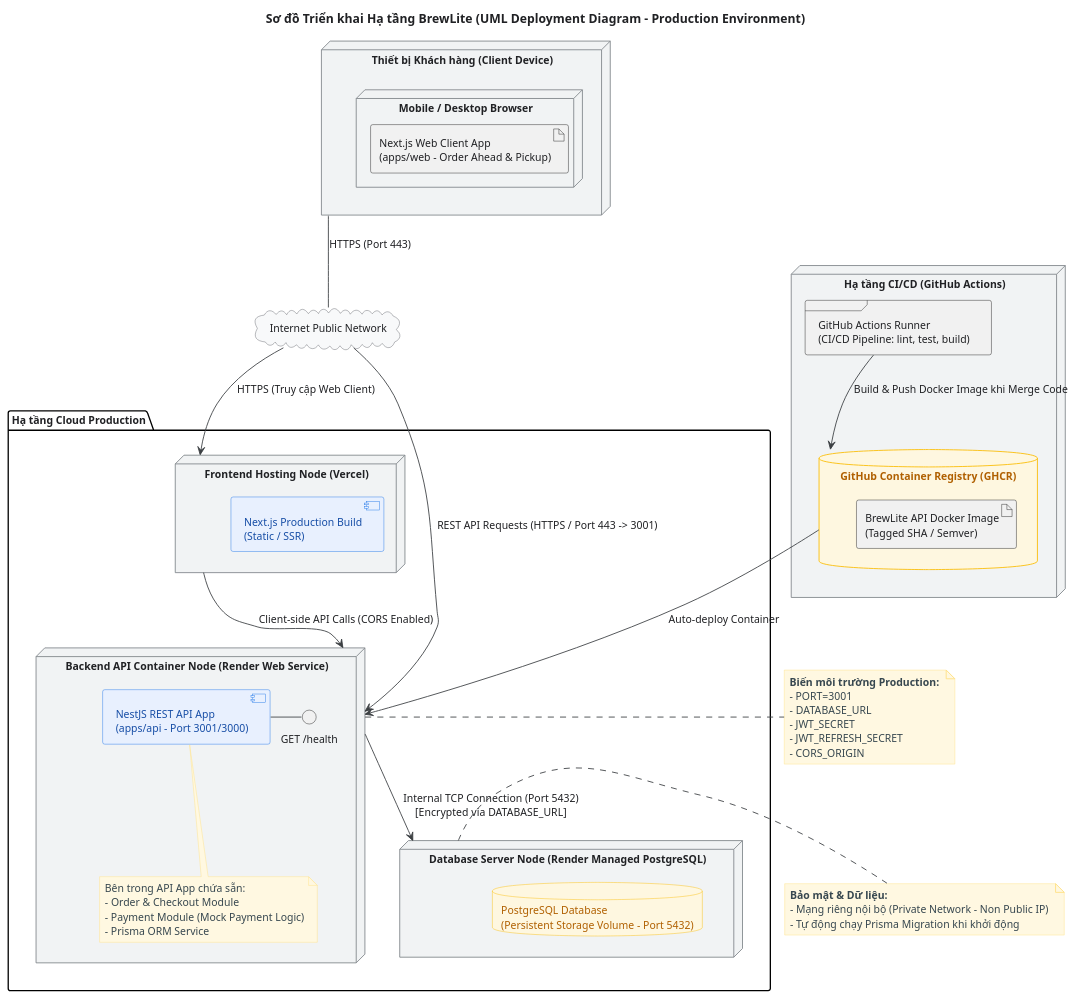
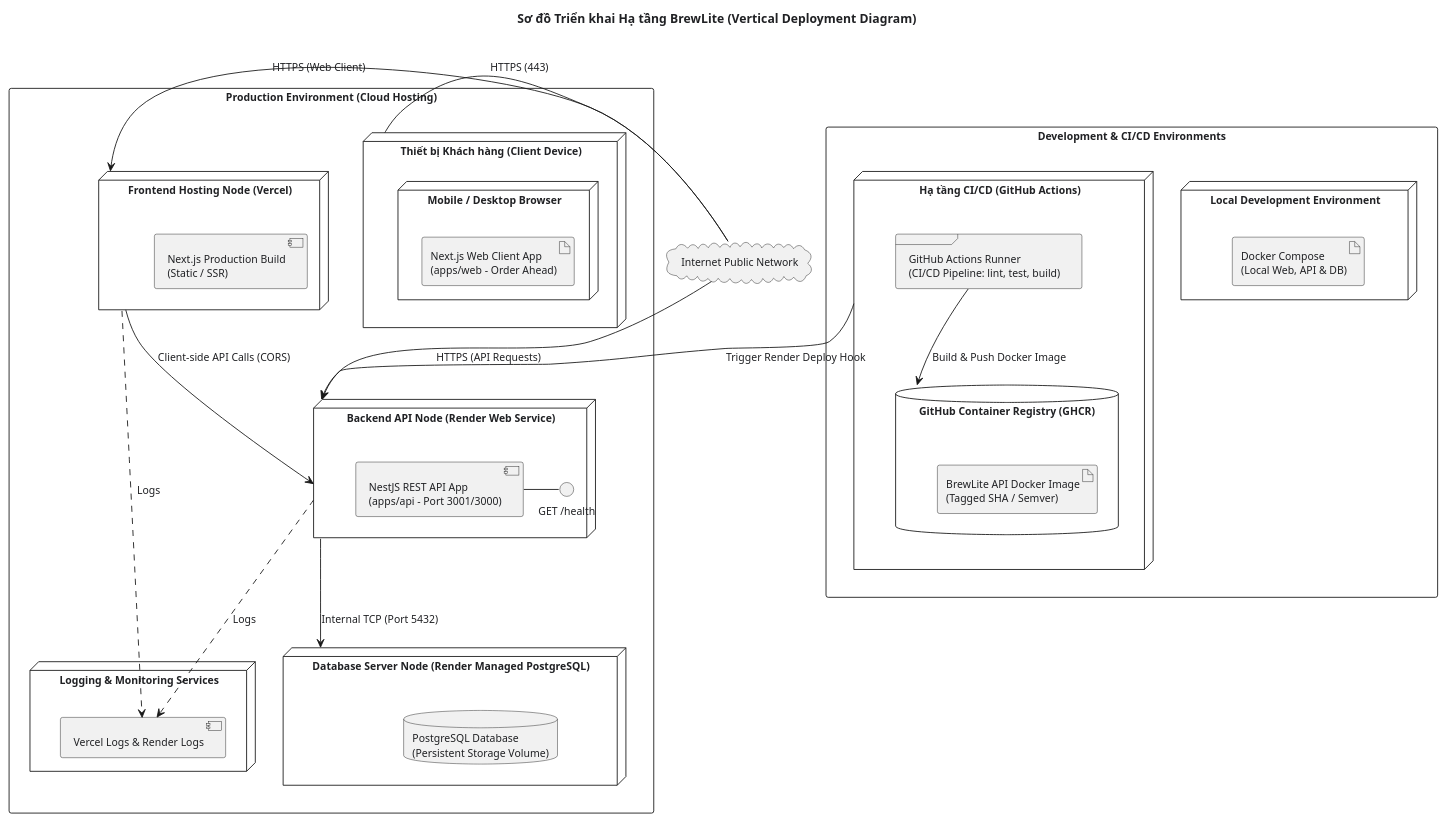
Before and after one commit to Nashando/BrewLite-SWE-project: the diagram in docs/diagrams/deployment-diagram.puml, drawn with PlantUML. The commit also changed 6 other files, not shown here.

```diff
--- a/docs/diagrams/deployment-diagram.puml
+++ b/docs/diagrams/deployment-diagram.puml
@@ -1,114 +1,78 @@
-@startuml Deployment Diagram - BrewLite Production Environment
+@startuml Deployment Diagram - BrewLite Production Environment (Vertical)
 
 skinparam BackgroundColor #FFFFFF
 skinparam Shadowing false
 skinparam DefaultFontName "Arial"
 skinparam DefaultFontSize 12
 skinparam DefaultFontColor #202124
-
-skinparam cloud {
-    BackgroundColor #F8F9FA
-    BorderColor #5F6368
-    FontColor #202124
-}
-
-skinparam node {
-    BackgroundColor #F1F3F4
-    BorderColor #80868B
-    FontColor #202124
-}
-
-skinparam component {
-    BackgroundColor #E8F0FE
-    BorderColor #1A73E8
-    FontColor #174EA6
-}
-
-skinparam database {
-    BackgroundColor #FEF7E0
-    BorderColor #FBBC04
-    FontColor #B06000
-}
-
-skinparam note {
-    BackgroundColor #FFF8E1
-    BorderColor #FFE082
-    FontColor #37474F
-}
-
-skinparam arrow {
-    Color #3C4043
-    FontColor #202124
-}
+skinparam ranksep 40
+skinparam nodesep 40
 
 skinparam componentStyle uml2 
-skinparam nodeNodePadding 18 
 skinparam frameStyle rectangle 
-title Sơ đồ Triển khai Hạ tầng BrewLite (UML Deployment Diagram - Production Environment) 
+
+top to bottom direction
+
+title Sơ đồ Triển khai Hạ tầng BrewLite (Vertical Deployment Diagram) 
 
 cloud "Internet Public Network" as internet 
 
-node "Thiết bị Khách hàng (Client Device)" as user_device { 
-    node "Mobile / Desktop Browser" as browser { 
-        artifact "Next.js Web Client App\n(apps/web - Order Ahead & Pickup)" as next_client 
+' --- 1. MÔI TRƯỜNG LOCAL & CI/CD ---
+rectangle "Development & CI/CD Environments" {
+    node "Local Development Environment" as local_env {
+        artifact "Docker Compose\n(Local Web, API & DB)" as local_docker
+    }
+
+    node "Hạ tầng CI/CD (GitHub Actions)" as github_env { 
+        frame "GitHub Actions Runner\n(CI/CD Pipeline: lint, test, build)" as gh_actions 
+        database "GitHub Container Registry (GHCR)" as ghcr { 
+            artifact "BrewLite API Docker Image\n(Tagged SHA / Semver)" as docker_img 
+        } 
+    }
+}
+
+' --- 2. MÔI TRƯỜNG PRODUCTION ---
+rectangle "Production Environment (Cloud Hosting)" {
+    node "Thiết bị Khách hàng (Client Device)" as user_device { 
+        node "Mobile / Desktop Browser" as browser { 
+            artifact "Next.js Web Client App\n(apps/web - Order Ahead)" as next_client 
+        } 
     } 
-} 
 
-node "Hạ tầng CI/CD (GitHub Actions)" as github_env { 
-    frame "GitHub Actions Runner\n(CI/CD Pipeline: lint, test, build)" as gh_actions 
-    database "GitHub Container Registry (GHCR)" as ghcr { 
-        artifact "BrewLite API Docker Image\n(Tagged SHA / Semver)" as docker_img 
-    } 
-} 
-
-package "Hạ tầng Cloud Production" { 
     node "Frontend Hosting Node (Vercel)" as fe_node { 
         component "Next.js Production Build\n(Static / SSR)" as fe_app 
     } 
     
-    node "Backend API Container Node (Render Web Service)" as be_node { 
+    node "Backend API Node (Render Web Service)" as be_node { 
         component "NestJS REST API App\n(apps/api - Port 3001/3000)" as be_api 
-        note bottom of be_api
-          Bên trong API App chứa sẵn:
-          - Order & Checkout Module
-          - Payment Module (Mock Payment Logic)
-          - Prisma ORM Service
-        end note
         interface "GET /health" as health_endpoint 
         be_api - health_endpoint 
     } 
     
     node "Database Server Node (Render Managed PostgreSQL)" as db_node { 
-        database "PostgreSQL Database\n(Persistent Storage Volume - Port 5432)" as postgres_db 
-    } 
-} 
+        database "PostgreSQL Database\n(Persistent Storage Volume)" as postgres_db 
+    }
 
-' Web Connections 
-user_device -- internet : HTTPS (Port 443) 
-internet --> fe_node : HTTPS (Truy cập Web Client) 
-internet --> be_node : REST API Requests (HTTPS / Port 443 -> 3001) 
+    node "Logging & Monitoring Services" as log_node {
+        component "Vercel Logs & Render Logs" as cloud_logs
+    }
+}
+
+' --- KẾT NỐI MẠNG & GIAO THỨC ---
+user_device -- internet : HTTPS (443) 
+internet --> fe_node : HTTPS (Web Client) 
+internet --> be_node : HTTPS (API Requests) 
 
 ' Internal Service Connections 
-fe_node --> be_node : Client-side API Calls (CORS Enabled) 
-be_node --> db_node : Internal TCP Connection (Port 5432)\n[Encrypted via DATABASE_URL] 
+fe_node --> be_node : Client-side API Calls (CORS) 
+be_node --> db_node : Internal TCP (Port 5432) 
 
 ' CI/CD Pipeline Flow 
-gh_actions --> ghcr : Build & Push Docker Image khi Merge Code 
-ghcr --> be_node : Auto-deploy Container 
+gh_actions --> ghcr : Build & Push Docker Image
+github_env --> be_node : Trigger Render Deploy Hook
 
-note right of be_node 
-**Biến môi trường Production:** 
-- PORT=3001 
-- DATABASE_URL 
-- JWT_SECRET 
-- JWT_REFRESH_SECRET
-- CORS_ORIGIN 
-end note 
-
-note right of db_node 
-**Bảo mật & Dữ liệu:** 
-- Mạng riêng nội bộ (Private Network - Non Public IP) 
-- Tự động chạy Prisma Migration khi khởi động 
-end note 
+' Log Collection Connections
+fe_node ..> cloud_logs : Logs
+be_node ..> cloud_logs : Logs
 
 @enduml
```
